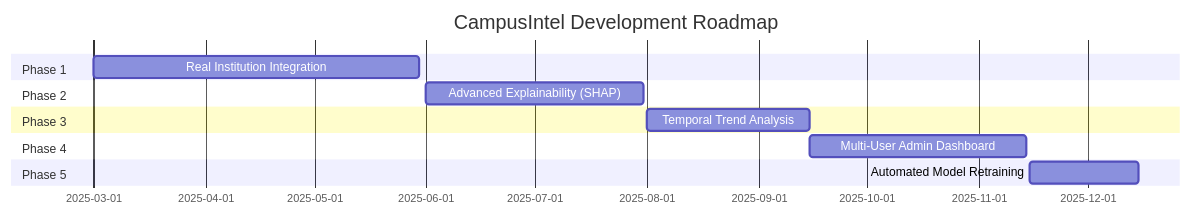
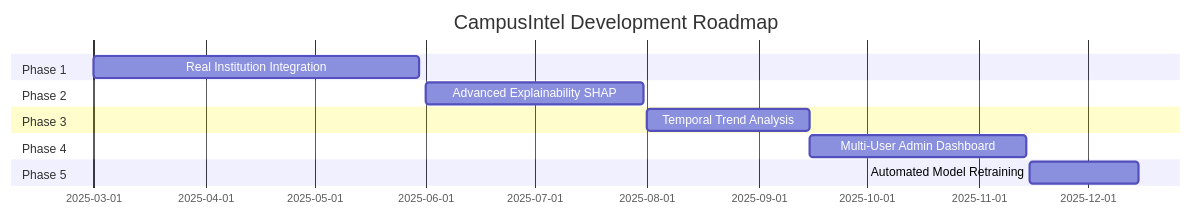
One commit to vengeance0112/Campus-Intel---Hackathon-3 changed diagram 14 of 15 in README.md. Above: the diagram before and after it, drawn with Mermaid. The commit also changed other lines of this file, not shown here.

````diff
--- a/README.md
+++ b/README.md
@@ -837,15 +894,15 @@
 ```mermaid
 gantt
     title CampusIntel Development Roadmap
     dateFormat YYYY-MM-DD
     section Phase 1
     Real Institution Integration    :2025-03-01, 90d
     section Phase 2
-    Advanced Explainability (SHAP)  :2025-06-01, 60d
+    Advanced Explainability SHAP  :2025-06-01, 60d
     section Phase 3
     Temporal Trend Analysis        :2025-08-01, 45d
     section Phase 4
     Multi-User Admin Dashboard     :2025-09-15, 60d
     section Phase 5
     Automated Model Retraining     :2025-11-15, 30d
 ```
````
